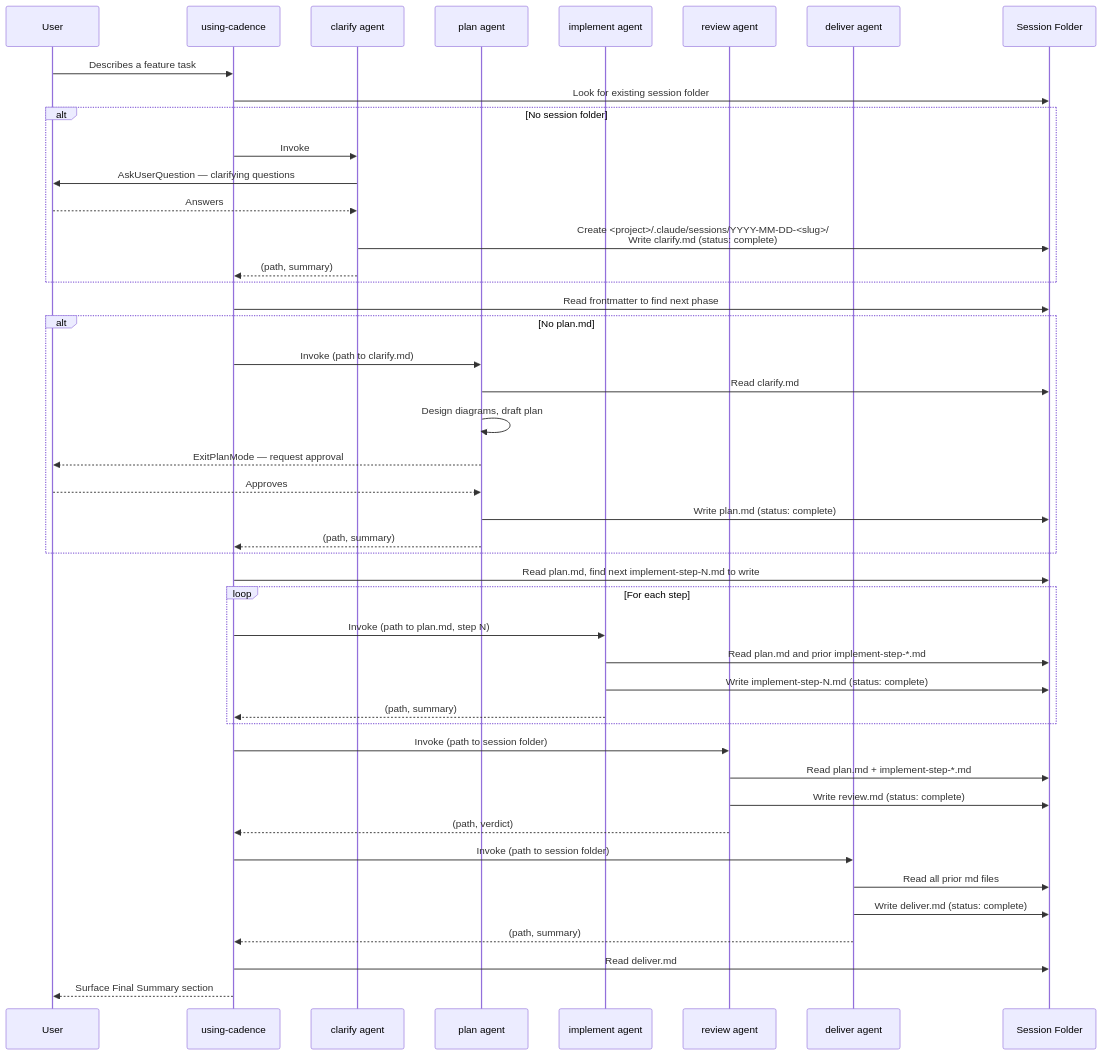
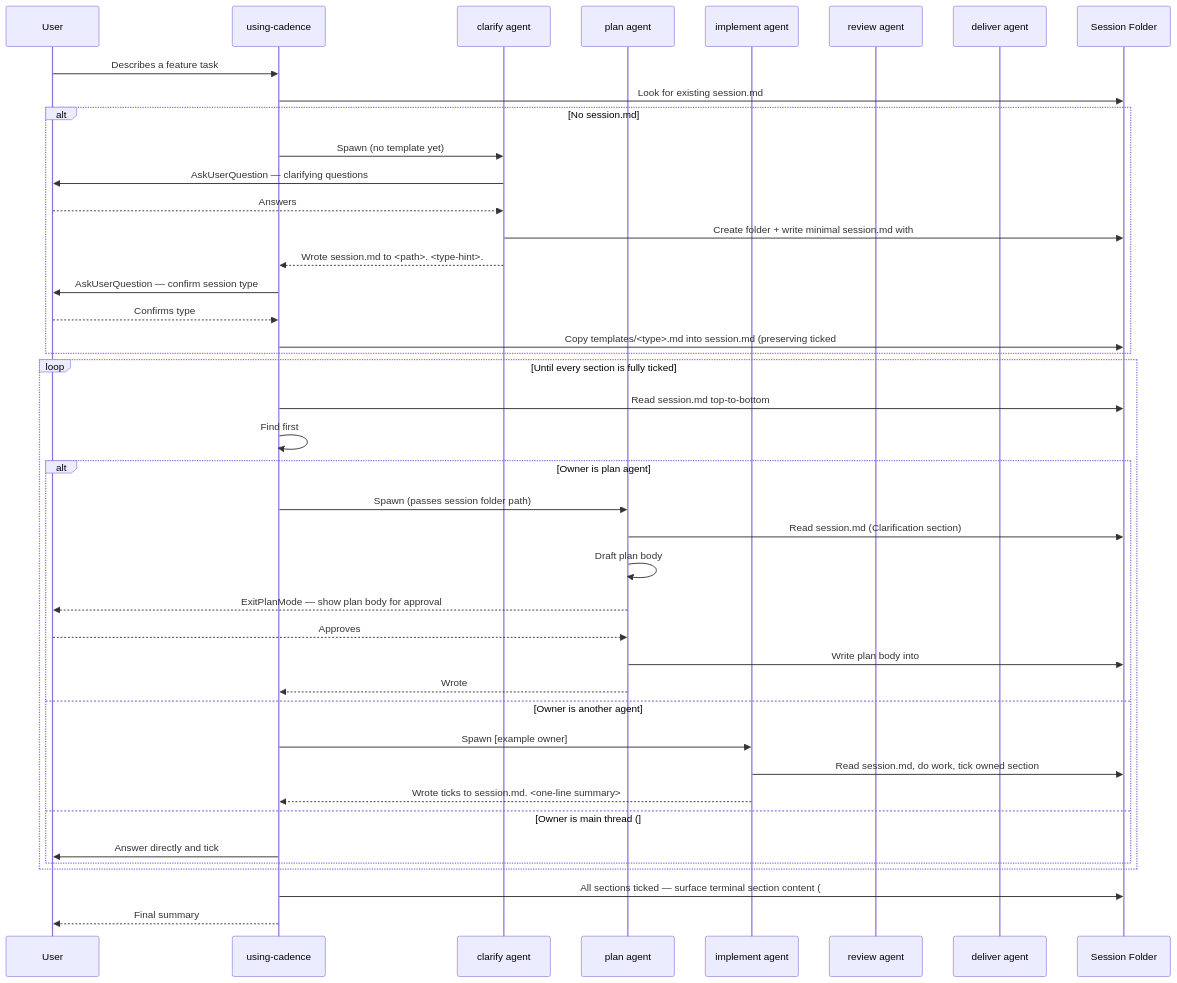
Before and after one commit to vivaxy/claude-code-plugin-graph-driven-development: the diagram in plugins/cadence/docs/c4-seq-execution.md, drawn with Mermaid. The commit also changed other lines of this file and 18 other files, not shown here.

````diff
--- a/plugins/cadence/docs/c4-seq-execution.md
+++ b/plugins/cadence/docs/c4-seq-execution.md
@@ -9,52 +9,47 @@
 ```mermaid
 sequenceDiagram
   participant User
   participant Routing as using-cadence
   participant Clarify as clarify agent
   participant Plan as plan agent
   participant Impl as implement agent
   participant Review as review agent
   participant Deliver as deliver agent
   participant Folder as Session Folder
 
   User->>Routing: Describes a feature task
-  Routing->>Folder: Look for existing session folder
-  alt No session folder
-    Routing->>Clarify: Invoke
+  Routing->>Folder: Look for existing session.md
+  alt No session.md
+    Routing->>Clarify: Spawn (no template yet)
     Clarify->>User: AskUserQuestion — clarifying questions
     User-->>Clarify: Answers
-    Clarify->>Folder: Create <project>/.claude/sessions/YYYY-MM-DD-<slug>/<br>Write clarify.md (status: complete)
-    Clarify-->>Routing: (path, summary)
+    Clarify->>Folder: Create folder + write minimal session.md with ## Clarification ticked
+    Clarify-->>Routing: Wrote session.md to <path>. <type-hint>.
+    Routing->>User: AskUserQuestion — confirm session type
+    User-->>Routing: Confirms type
+    Routing->>Folder: Copy templates/<type>.md into session.md (preserving ticked ## Clarification)
   end
 
-  Routing->>Folder: Read frontmatter to find next phase
-  alt No plan.md
-    Routing->>Plan: Invoke (path to clarify.md)
-    Plan->>Folder: Read clarify.md
-    Plan->>Plan: Design diagrams, draft plan
-    Plan-->>User: ExitPlanMode — request approval
-    User-->>Plan: Approves
-    Plan->>Folder: Write plan.md (status: complete)
-    Plan-->>Routing: (path, summary)
+  loop Until every section is fully ticked
+    Routing->>Folder: Read session.md top-to-bottom
+    Routing->>Routing: Find first ## Section with any unchecked item; look up owner
+    alt Owner is plan agent
+      Routing->>Plan: Spawn (passes session folder path)
+      Plan->>Folder: Read session.md (Clarification section)
+      Plan->>Plan: Draft plan body
+      Plan-->>User: ExitPlanMode — show plan body for approval
+      User-->>Plan: Approves
+      Plan->>Folder: Write plan body into ## Plan + tick procedural checklist
+      Plan-->>Routing: Wrote ## Plan to session.md. <one-line summary>
+    else Owner is another agent
+      Routing->>Impl: Spawn [example owner]
+      Impl->>Folder: Read session.md, do work, tick owned section
+      Impl-->>Routing: Wrote ticks to session.md. <one-line summary>
+    else Owner is main thread (## Answer)
+      Routing->>User: Answer directly and tick ## Answer items
+    end
   end
 
-  Routing->>Folder: Read plan.md, find next implement-step-N.md to write
-  loop For each step
-    Routing->>Impl: Invoke (path to plan.md, step N)
-    Impl->>Folder: Read plan.md and prior implement-step-*.md
-    Impl->>Folder: Write implement-step-N.md (status: complete)
-    Impl-->>Routing: (path, summary)
-  end
-
-  Routing->>Review: Invoke (path to session folder)
-  Review->>Folder: Read plan.md + implement-step-*.md
-  Review->>Folder: Write review.md (status: complete)
-  Review-->>Routing: (path, verdict)
-
-  Routing->>Deliver: Invoke (path to session folder)
-  Deliver->>Folder: Read all prior md files
-  Deliver->>Folder: Write deliver.md (status: complete)
-  Deliver-->>Routing: (path, summary)
-  Routing->>Folder: Read deliver.md
-  Routing-->>User: Surface Final Summary section
+  Routing->>Folder: All sections ticked — surface terminal section content (## Delivery or ## Answer)
+  Routing-->>User: Final summary
 ```
````
